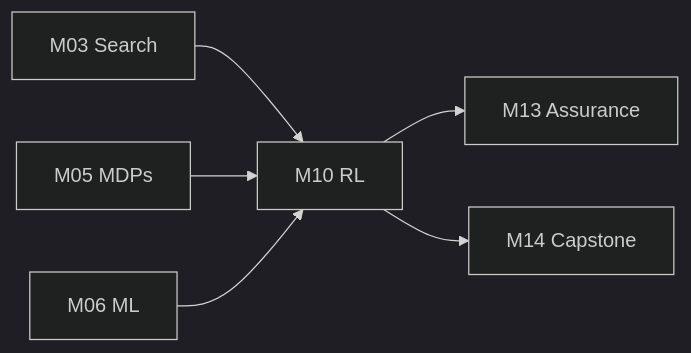
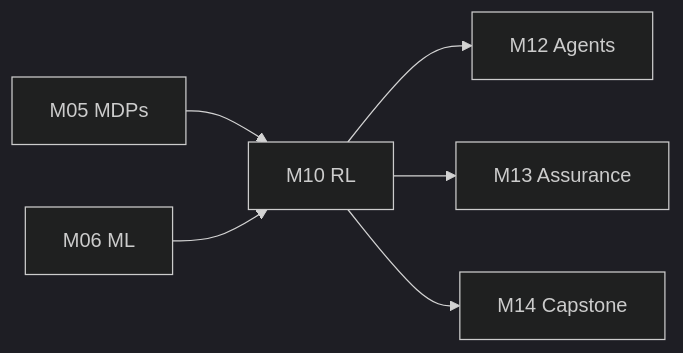
Before and after one commit to nadeem-majeedch/Artificial-Intelligence-Course: the diagram in modules/M10-reinforcement-learning/README.md, drawn with Mermaid (dark theme). The commit also changed other lines of this file and 278 other files, not shown here.

````diff
--- a/modules/M10-reinforcement-learning/README.md
+++ b/modules/M10-reinforcement-learning/README.md
@@ -48,8 +107,8 @@
 ```mermaid
 flowchart LR
-    M03["M03 Search"] --> M10["M10 RL"]
-    M05["M05 MDPs"] --> M10
+    M05["M05 MDPs"] --> M10["M10 RL"]
     M06["M06 ML"] --> M10
+    M10 --> M12["M12 Agents"]
     M10 --> M13["M13 Assurance"]
     M10 --> M14["M14 Capstone"]
 ```
````
